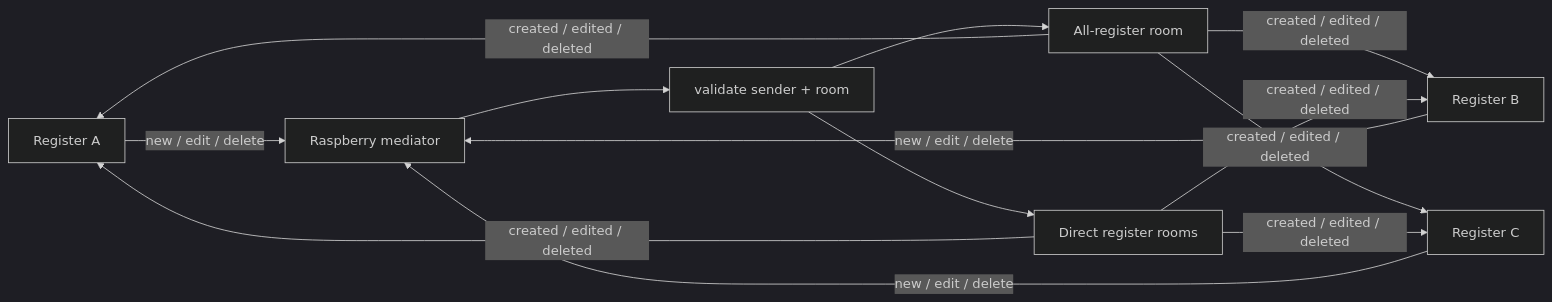
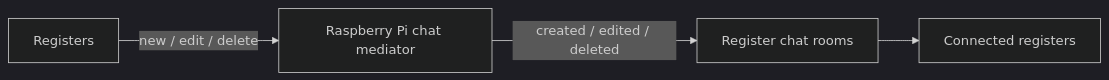
One commit to kaddaak/portfolio changed the diagram in hospitality-pos/windows-tauri/features/07-register-to-register-chat/README.md. Above: the diagram before and after it, drawn with Mermaid (dark theme). The commit also changed other lines of this file, not shown here.

````diff
--- a/hospitality-pos/windows-tauri/features/07-register-to-register-chat/README.md
+++ b/hospitality-pos/windows-tauri/features/07-register-to-register-chat/README.md
@@ -7,18 +7,6 @@
 ```mermaid
 flowchart LR
-  A["Register A"] -->|new / edit / delete| M["Raspberry mediator"]
-  B["Register B"] -->|new / edit / delete| M
-  C["Register C"] -->|new / edit / delete| M
-
-  M --> V["validate sender + room"]
-  V --> R1["All-register room"]
-  V --> R2["Direct register rooms"]
-
-  R1 -->|created / edited / deleted| A
-  R1 -->|created / edited / deleted| B
-  R1 -->|created / edited / deleted| C
-
-  R2 -->|created / edited / deleted| A
-  R2 -->|created / edited / deleted| B
-  R2 -->|created / edited / deleted| C
+  A["Registers"] -->|new / edit / delete| B["Raspberry Pi chat mediator"]
+  B -->|created / edited / deleted| C["Register chat rooms"]
+  C --> D["Connected registers"]
 ```
````
